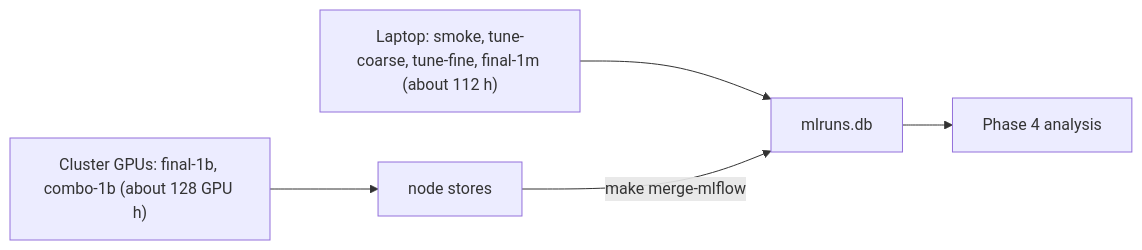
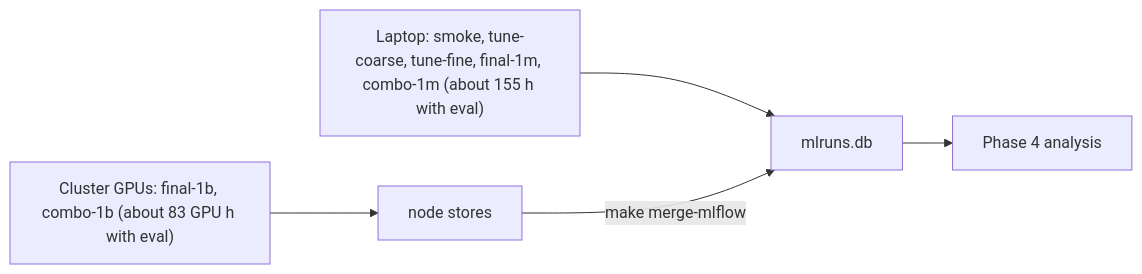
One commit to Pawlo77/rl-craftmax changed the diagram in plans/2026-10-20-craftax-project/2026-10-20-craftax-compute-budget.md. Above: the diagram before and after it, drawn with Mermaid. The commit also changed other lines of this file and 27 other files, not shown here.

````diff
--- a/plans/2026-10-20-craftax-project/2026-10-20-craftax-compute-budget.md
+++ b/plans/2026-10-20-craftax-project/2026-10-20-craftax-compute-budget.md
@@ -86,7 +109,7 @@
 ```mermaid
 flowchart LR
-  L["Laptop: smoke, tune-coarse, tune-fine, final-1m (about 112 h)"] --> M["mlruns.db"]
-  C["Cluster GPUs: final-1b, combo-1b (about 128 GPU h)"] --> N["node stores"]
+  L["Laptop: smoke, tune-coarse, tune-fine, final-1m, combo-1m (about 155 h with eval)"] --> M["mlruns.db"]
+  C["Cluster GPUs: final-1b, combo-1b (about 83 GPU h with eval)"] --> N["node stores"]
   N -- "make merge-mlflow" --> M
   M --> A["Phase 4 analysis"]
 ```
````
